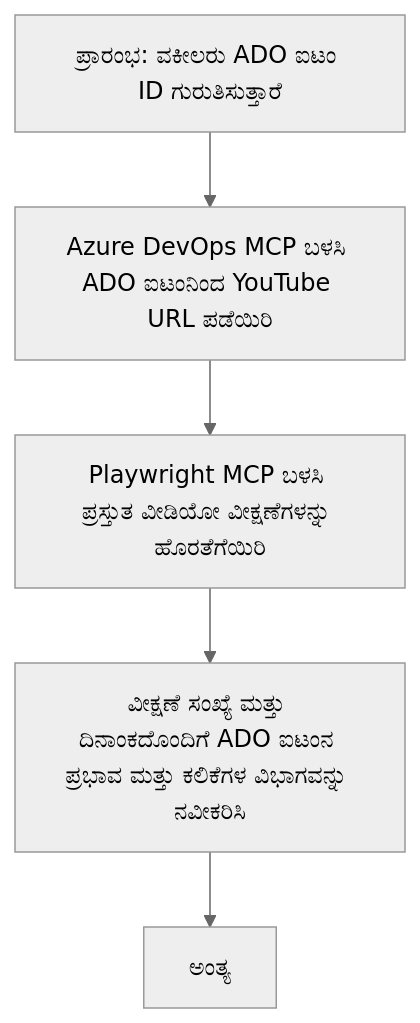
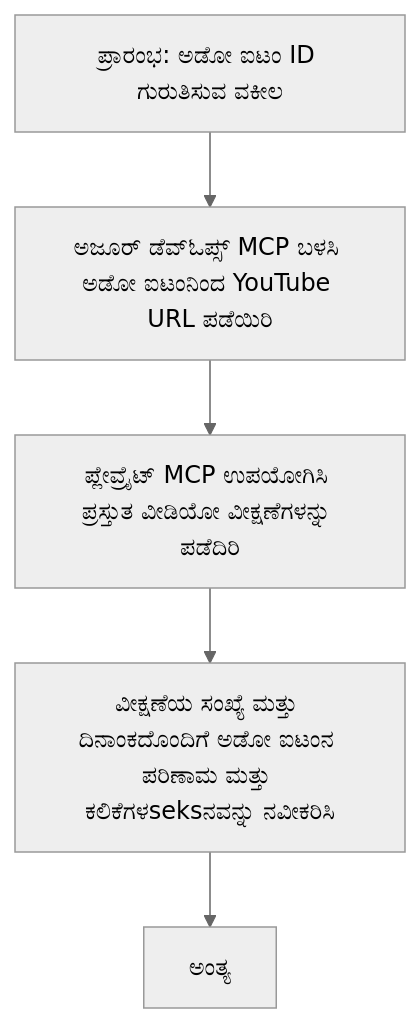
The diagram in translations/kn/09-CaseStudy/UpdateADOItemsFromYT.md (Mu-L/mcp-for-beginners), drawn with Mermaid (neutral theme) before and after one commit. The commit also changed other lines of this file and 110 other files, not shown here.

````diff
--- a/translations/kn/09-CaseStudy/UpdateADOItemsFromYT.md
+++ b/translations/kn/09-CaseStudy/UpdateADOItemsFromYT.md
@@ -39,7 +39,7 @@
 ```mermaid
 flowchart TD
-    A[ಪ್ರಾರಂಭ: ವಕೀಲರು ADO ಐಟಂ ID ಗುರುತಿಸುತ್ತಾರೆ] --> B[Azure DevOps MCP ಬಳಸಿ ADO ಐಟಂನಿಂದ YouTube URL ಪಡೆಯಿರಿ]
-    B --> C[Playwright MCP ಬಳಸಿ ಪ್ರಸ್ತುತ ವೀಡಿಯೋ ವೀಕ್ಷಣೆಗಳನ್ನು ಹೊರತೆಗೆಯಿರಿ]
-    C --> D[ವೀಕ್ಷಣೆ ಸಂಖ್ಯೆ ಮತ್ತು ದಿನಾಂಕದೊಂದಿಗೆ ADO ಐಟಂನ ಪ್ರಭಾವ ಮತ್ತು ಕಲಿಕೆಗಳ ವಿಭಾಗವನ್ನು ನವೀಕರಿಸಿ]
+    A[ಪ್ರಾರಂಭ: ಅಡೋ ಐಟಂ ID ಗುರುತಿಸುವ ವಕೀಲ] --> B[ಅಜೂರ್ ಡೆವ್ಓಪ್ಸ್ MCP ಬಳಸಿ ಅಡೋ ಐಟಂನಿಂದ YouTube URL ಪಡೆಯಿರಿ]
+    B --> C[ಪ್ಲೇವ್ರೈಟ್ MCP ಉಪಯೋಗಿಸಿ ಪ್ರಸ್ತುತ ವೀಡಿಯೋ ವೀಕ್ಷಣೆಗಳನ್ನು ಪಡೆದಿರಿ]
+    C --> D[ವೀಕ್ಷಣೆಯ ಸಂಖ್ಯೆ ಮತ್ತು ದಿನಾಂಕದೊಂದಿಗೆ ಅಡೋ ಐಟಂನ ಪರಿಣಾಮ ಮತ್ತು ಕಲಿಕೆಗಳseksನವನ್ನು ನವೀಕರಿಸಿ]
     D --> E[ಅಂತ್ಯ]
 ```
````
